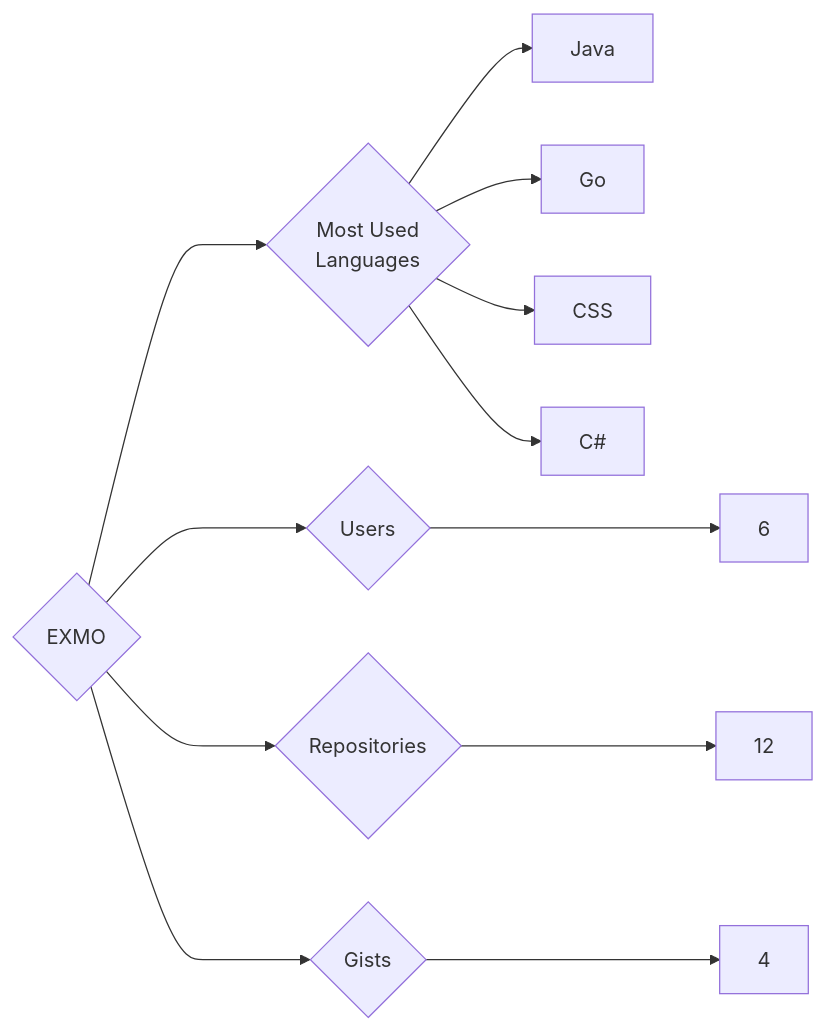
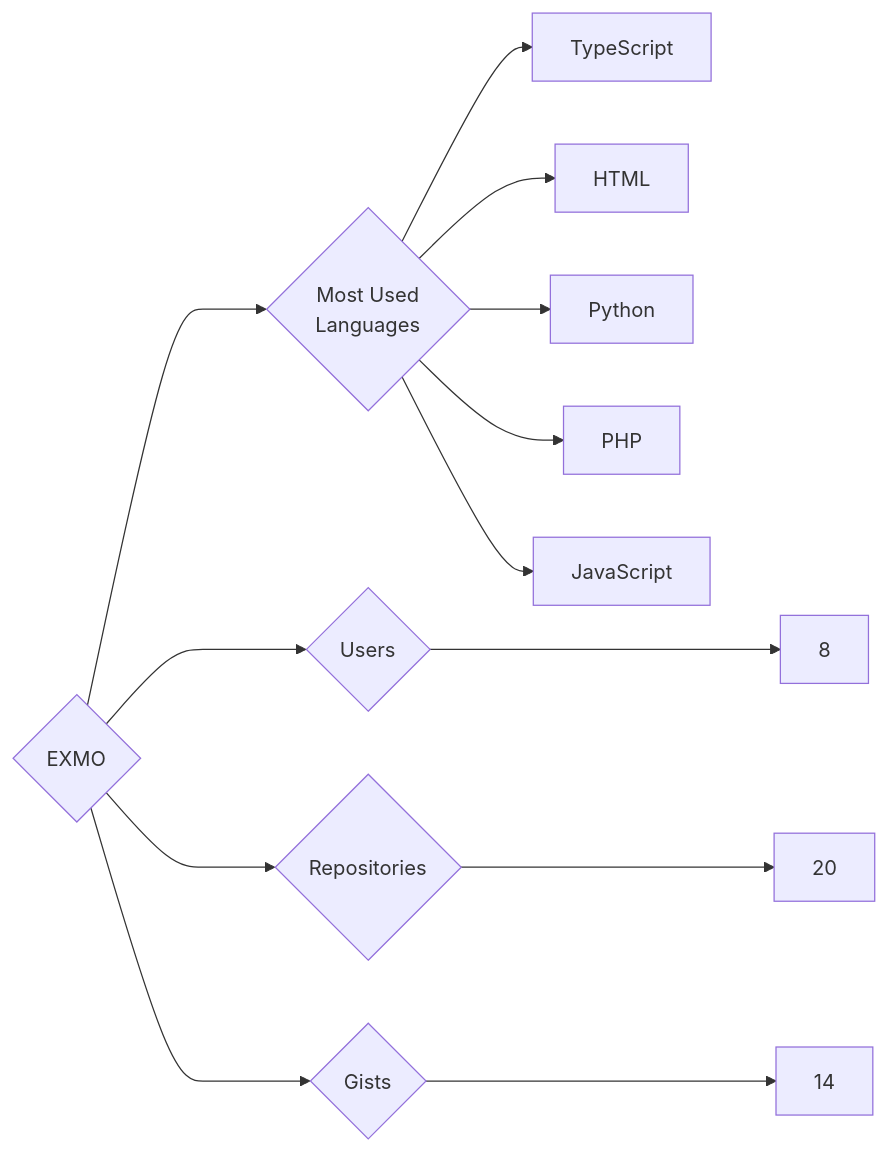
The diagram in targets/EXMO/README.md (trickest/insiders), drawn with Mermaid before and after one commit. The commit also changed 985 other files, not shown here.

````diff
--- a/targets/EXMO/README.md
+++ b/targets/EXMO/README.md
@@ -3,12 +3,13 @@
 ```mermaid
 graph LR
 COMPANY_NAME{EXMO}
-COMPANY_NAME ---> U{Users} ---> UN[6]
-COMPANY_NAME ---> R{Repositories} ---> RN[12]
-COMPANY_NAME ---> G{Gists} ---> GN[4]
+COMPANY_NAME ---> U{Users} ---> UN[8]
+COMPANY_NAME ---> R{Repositories} ---> RN[20]
+COMPANY_NAME ---> G{Gists} ---> GN[14]
 COMPANY_NAME ---> ML{Most Used<br>Languages}
-ML --> Java[Java]
-ML --> Go[Go]
-ML --> CSS[CSS]
-ML --> C#[C#]
+ML --> TypeScript[TypeScript]
+ML --> HTML[HTML]
+ML --> Python[Python]
+ML --> PHP[PHP]
+ML --> JavaScript[JavaScript]
 ```
````
